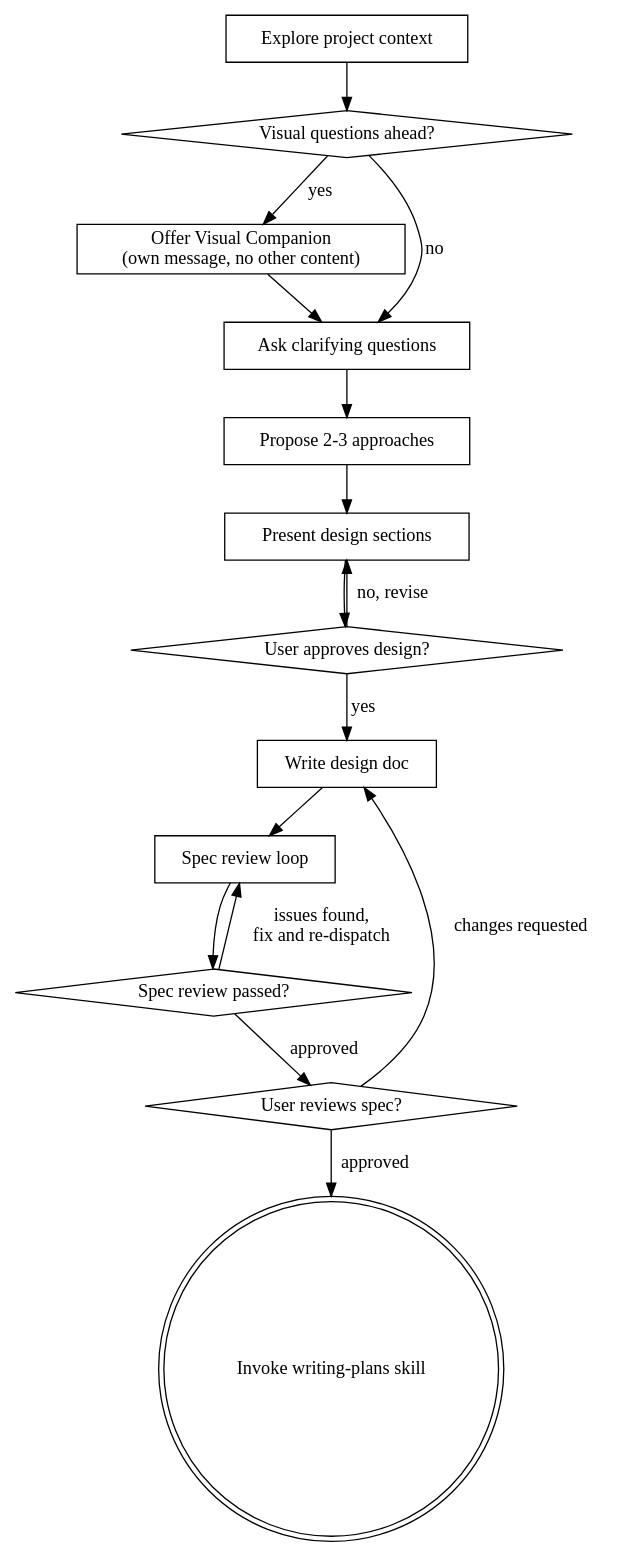
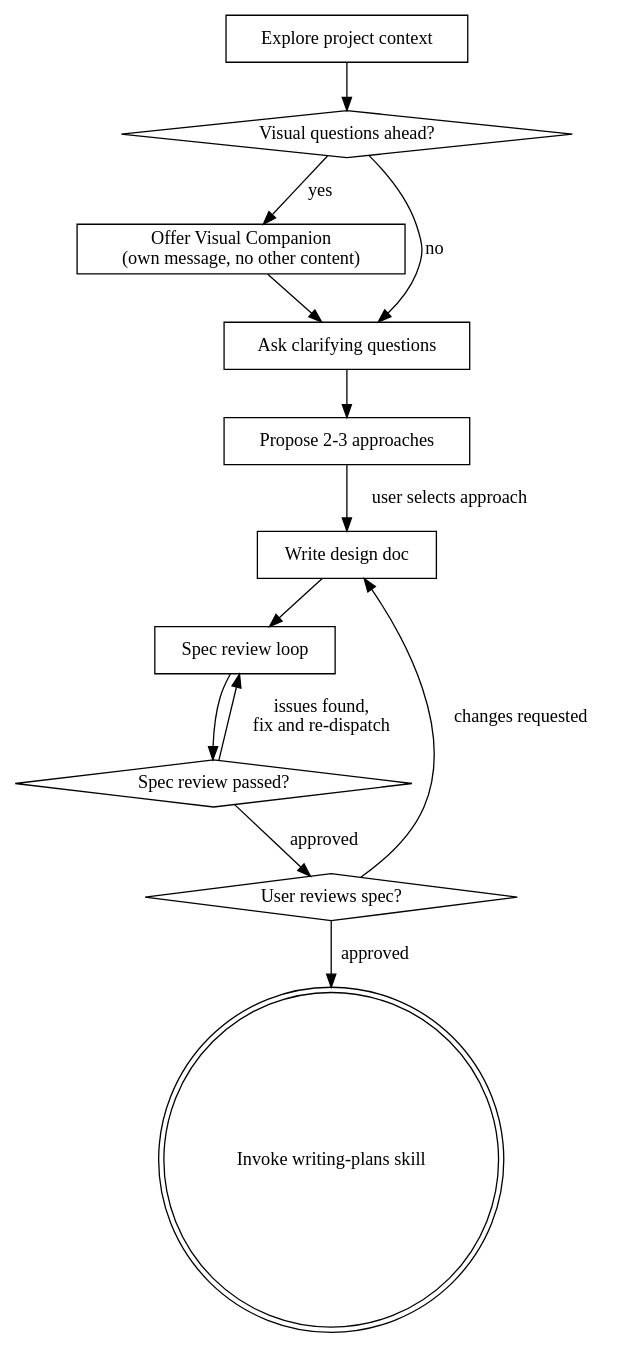
One commit to niean/PhotoTTS changed the diagram in .harness/skills/superpowers/brainstorming.md. Above: the diagram before and after it, drawn with Graphviz. The commit also changed other lines of this file and 27 other files, not shown here.

````diff
--- a/.harness/skills/superpowers/brainstorming.md
+++ b/.harness/skills/superpowers/brainstorming.md
@@ -36,32 +35,27 @@
 ```dot
 digraph brainstorming {
     "Explore project context" [shape=box];
     "Visual questions ahead?" [shape=diamond];
     "Offer Visual Companion\n(own message, no other content)" [shape=box];
     "Ask clarifying questions" [shape=box];
     "Propose 2-3 approaches" [shape=box];
-    "Present design sections" [shape=box];
-    "User approves design?" [shape=diamond];
     "Write design doc" [shape=box];
     "Spec review loop" [shape=box];
     "Spec review passed?" [shape=diamond];
     "User reviews spec?" [shape=diamond];
     "Invoke writing-plans skill" [shape=doublecircle];
 
     "Explore project context" -> "Visual questions ahead?";
     "Visual questions ahead?" -> "Offer Visual Companion\n(own message, no other content)" [label="yes"];
     "Visual questions ahead?" -> "Ask clarifying questions" [label="no"];
     "Offer Visual Companion\n(own message, no other content)" -> "Ask clarifying questions";
     "Ask clarifying questions" -> "Propose 2-3 approaches";
-    "Propose 2-3 approaches" -> "Present design sections";
-    "Present design sections" -> "User approves design?";
-    "User approves design?" -> "Present design sections" [label="no, revise"];
-    "User approves design?" -> "Write design doc" [label="yes"];
+    "Propose 2-3 approaches" -> "Write design doc" [label="user selects approach"];
     "Write design doc" -> "Spec review loop";
     "Spec review loop" -> "Spec review passed?";
     "Spec review passed?" -> "Spec review loop" [label="issues found,\nfix and re-dispatch"];
     "Spec review passed?" -> "User reviews spec?" [label="approved"];
     "User reviews spec?" -> "Write design doc" [label="changes requested"];
     "User reviews spec?" -> "Invoke writing-plans skill" [label="approved"];
 }
 ```
````
